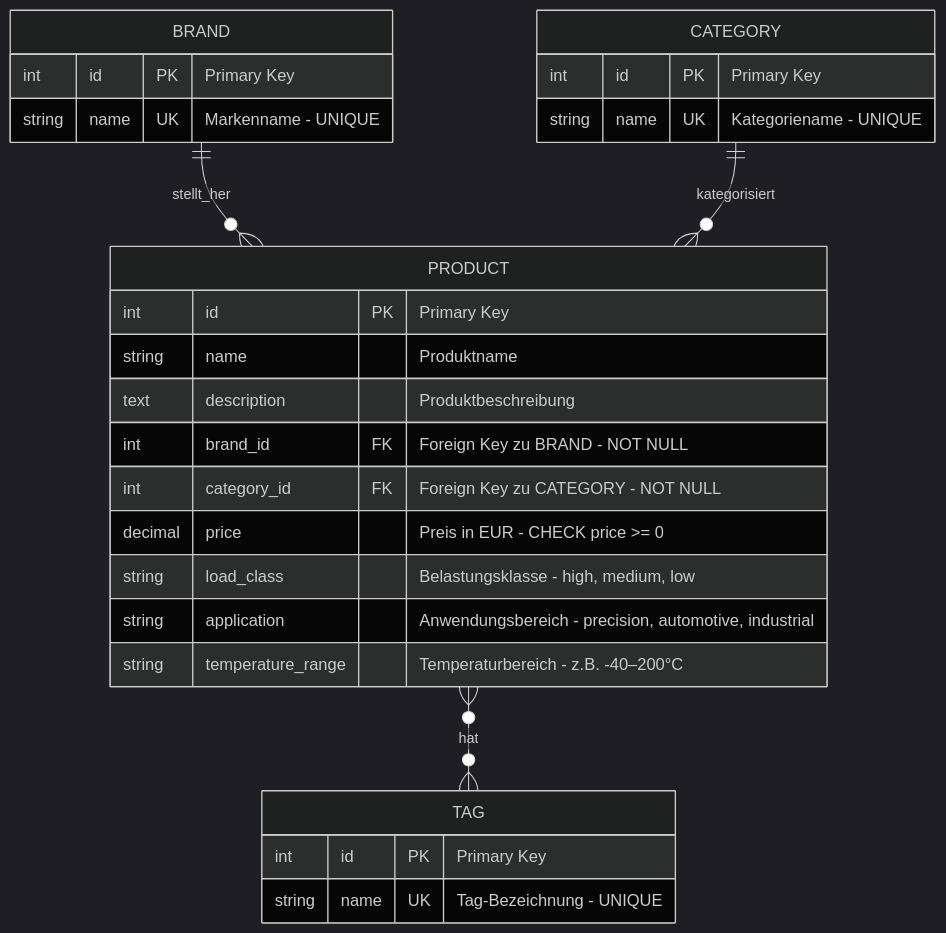
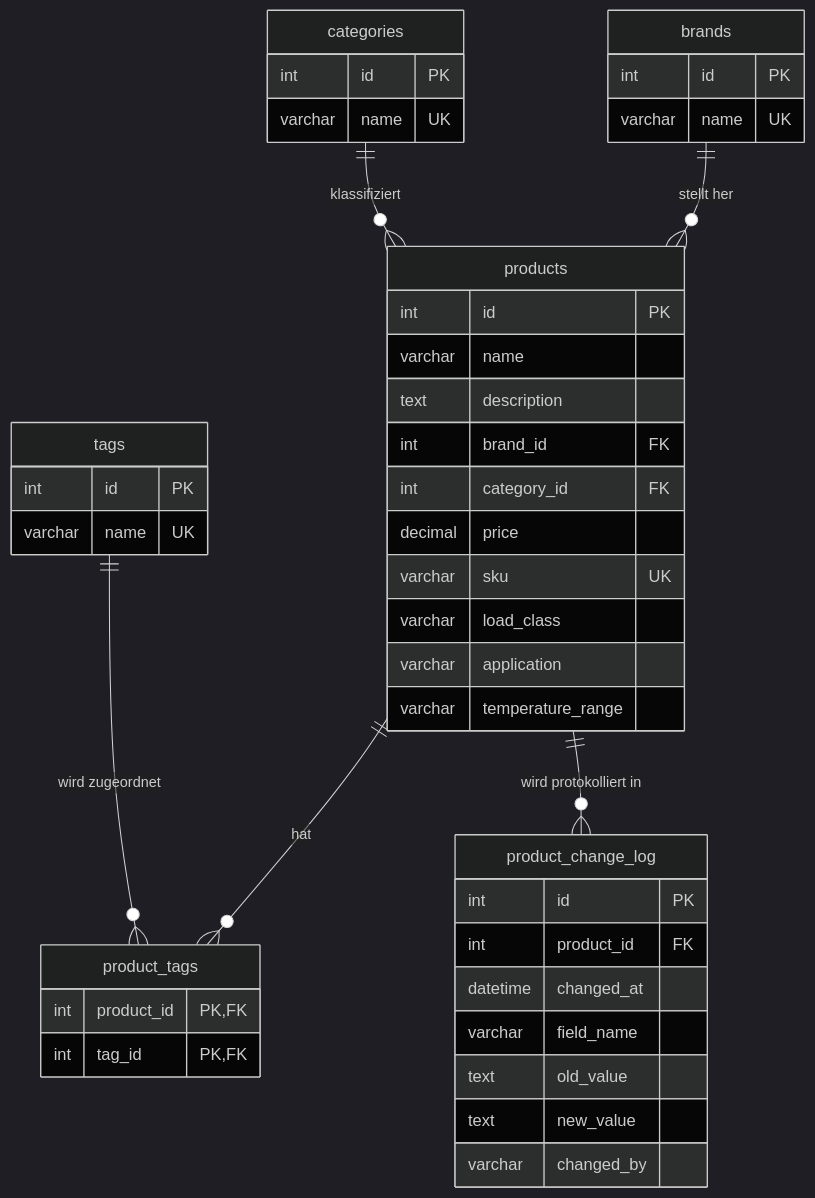
Before and after one commit to moritz-in/Datenbanken-Projektarbeit: the diagram in ER-Diagramm.md, drawn with Mermaid (dark theme). The commit also changed other lines of this file and 1 other file, not shown here.

Commit message:
docs(quick-2-2): sync ER diagram with delivered schema

````diff
--- a/ER-Diagramm.md
+++ b/ER-Diagramm.md
@@ -5,33 +11,51 @@
 ```mermaid
 erDiagram
-    BRAND ||--o{ PRODUCT : "stellt_her"
-    CATEGORY ||--o{ PRODUCT : "kategorisiert"
-    PRODUCT }o--o{ TAG : "hat"
+    brands ||--o{ products : "stellt her"
+    categories ||--o{ products : "klassifiziert"
+    products ||--o{ product_tags : "hat"
+    tags ||--o{ product_tags : "wird zugeordnet"
+    products ||--o{ product_change_log : "wird protokolliert in"
 
-    BRAND {
-        int id PK "Primary Key"
-        string name UK "Markenname - UNIQUE"
+    brands {
+        int id PK
+        varchar name UK
     }
 
-    CATEGORY {
-        int id PK "Primary Key"
-        string name UK "Kategoriename - UNIQUE"
+    categories {
+        int id PK
+        varchar name UK
     }
 
-    TAG {
-        int id PK "Primary Key"
-        string name UK "Tag-Bezeichnung - UNIQUE"
+    tags {
+        int id PK
+        varchar name UK
     }
 
-    PRODUCT {
-        int id PK "Primary Key"
-        string name "Produktname"
-        text description "Produktbeschreibung"
-        int brand_id FK "Foreign Key zu BRAND - NOT NULL"
-        int category_id FK "Foreign Key zu CATEGORY - NOT NULL"
-        decimal price "Preis in EUR - CHECK price >= 0"
-        string load_class "Belastungsklasse - high, medium, low"
-        string application "Anwendungsbereich - precision, automotive, industrial"
-        string temperature_range "Temperaturbereich - z.B. -40–200°C"
+    products {
+        int id PK
+        varchar name
+        text description
+        int brand_id FK
+        int category_id FK
+        decimal price
+        varchar sku UK
+        varchar load_class
+        varchar application
+        varchar temperature_range
+    }
+
+    product_tags {
+        int product_id PK, FK
+        int tag_id PK, FK
+    }
+
+    product_change_log {
+        int id PK
+        int product_id FK
+        datetime changed_at
+        varchar field_name
+        text old_value
+        text new_value
+        varchar changed_by
     }
 ```
````
